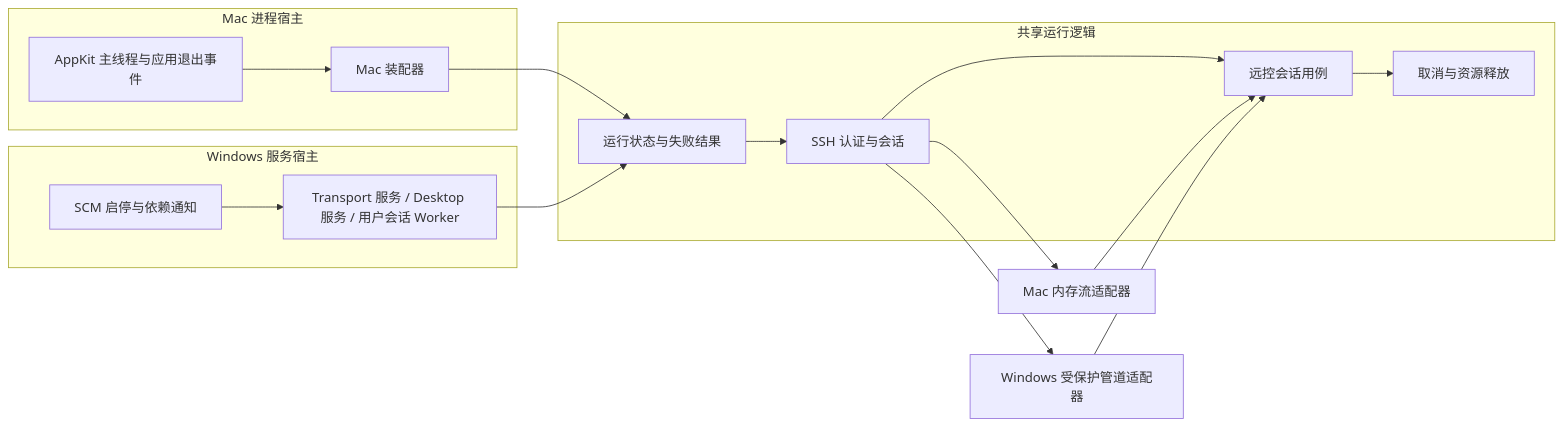
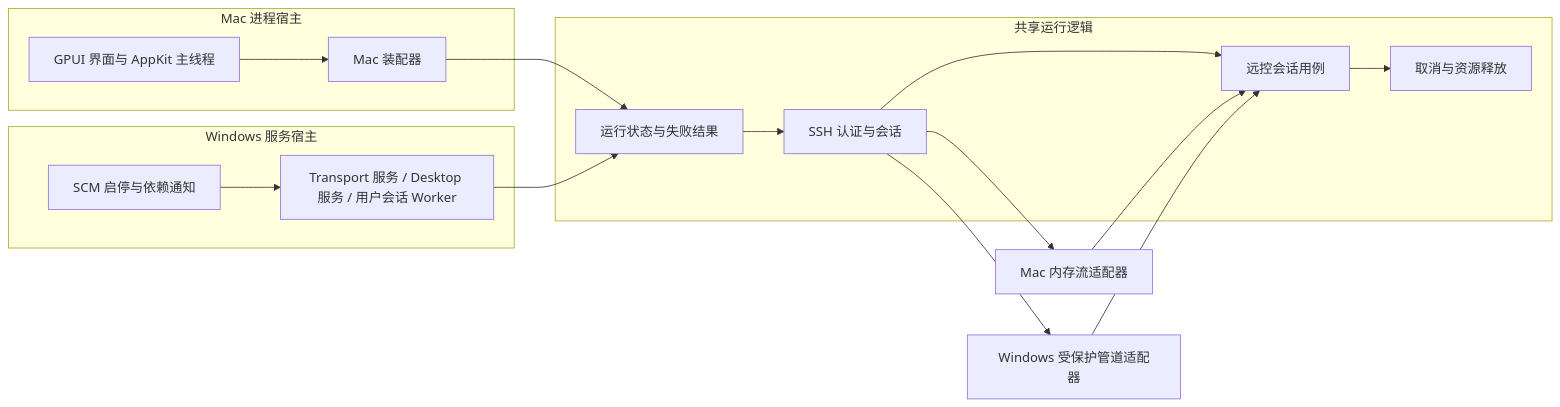
Before and after one commit to dripai/LanDesk: the fourth of 4 diagrams in docs/architecture.md, drawn with Mermaid. The commit also changed other lines of this file and 44 other files, not shown here.

````diff
--- a/docs/architecture.md
+++ b/docs/architecture.md
@@ -216,28 +234,28 @@
 ```mermaid
 flowchart LR
     subgraph macHost[Mac 进程宿主]
-        app[AppKit 主线程与应用退出事件]
+        app[GPUI 界面与 AppKit 主线程]
         macRun[Mac 装配器]
         app --> macRun
     end
     subgraph winHost[Windows 服务宿主]
         scm[SCM 启停与依赖通知]
         services[Transport 服务 / Desktop 服务 / 用户会话 Worker]
         scm --> services
     end
     subgraph shared[共享运行逻辑]
         state[运行状态与失败结果]
         ssh[SSH 认证与会话]
         control[远控会话用例]
         cleanup[取消与资源释放]
         state --> ssh
         ssh --> control
         control --> cleanup
     end
     macRun --> state
     services --> state
     ssh --> memory[Mac 内存流适配器]
     ssh --> pipe[Windows 受保护管道适配器]
     memory --> control
     pipe --> control
 ```
````
